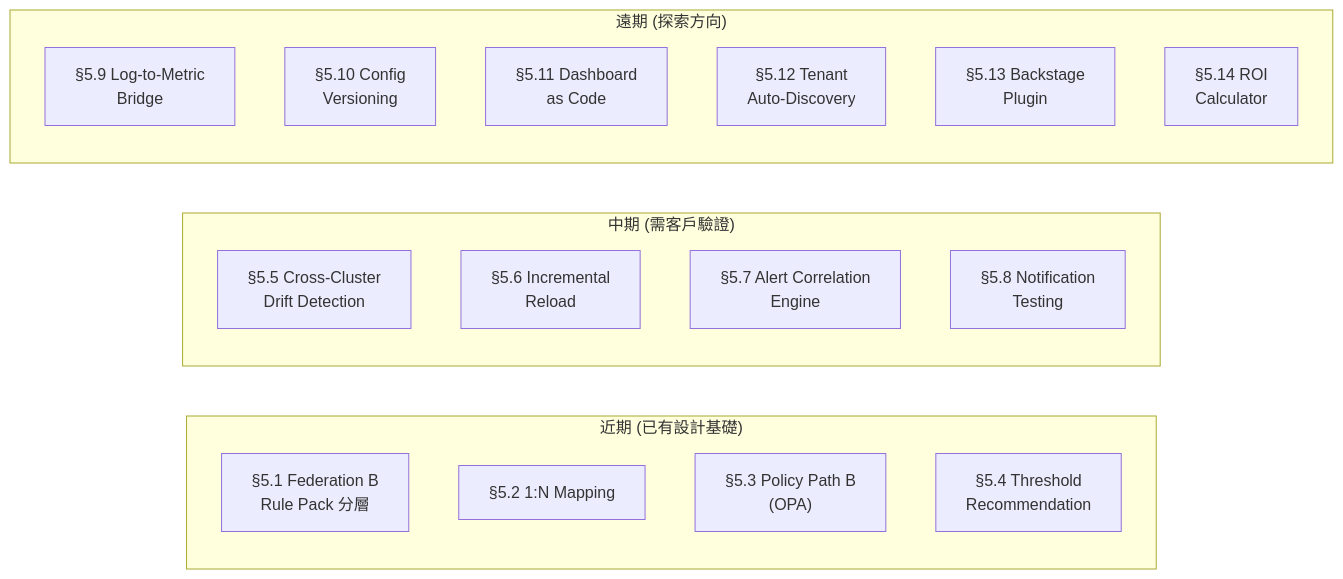
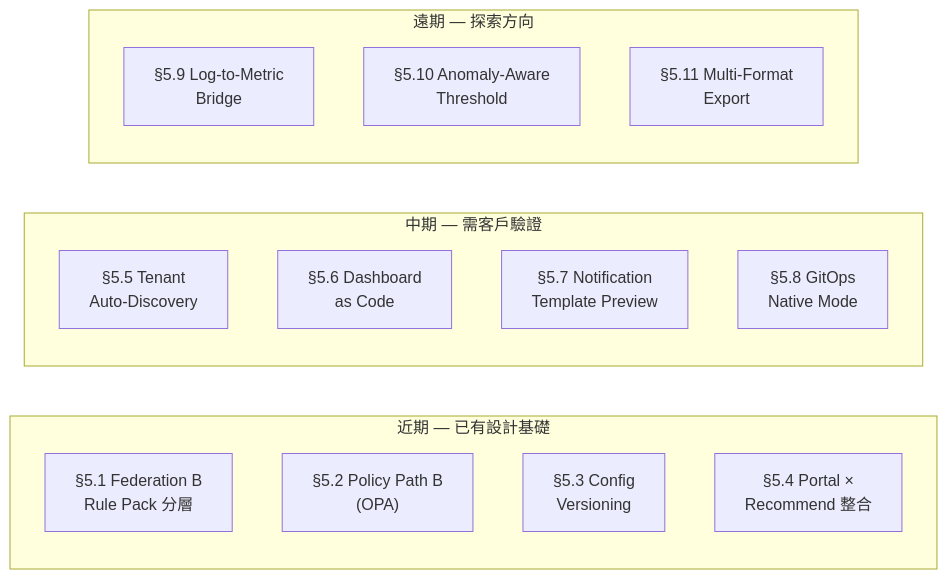
The sixth of 6 diagrams in docs/architecture-and-design.md (vencil/Dynamic-Alerting-Integrations), drawn with Mermaid before and after one commit. The commit also changed other lines of this file and 270 other files, not shown here.

Commit message:
feat: v2.1.0 — Cross-Domain Routing Profiles, ADR-006/007, code quality & perf

````diff
--- a/docs/architecture-and-design.md
+++ b/docs/architecture-and-design.md
@@ -885,23 +958,20 @@
 ```mermaid
 graph LR
-    subgraph Near["近期 (已有設計基礎)"]
+    subgraph Near["近期 — 已有設計基礎"]
         FB["§5.1 Federation B<br/>Rule Pack 分層"]
-        NM["§5.2 1:N Mapping"]
-        PB["§5.3 Policy Path B<br/>(OPA)"]
-        TR["§5.4 Threshold<br/>Recommendation"]
+        PB["§5.2 Policy Path B<br/>(OPA)"]
+        CV["§5.3 Config<br/>Versioning"]
+        PR["§5.4 Portal ×<br/>Recommend 整合"]
     end
-    subgraph Mid["中期 (需客戶驗證)"]
-        CD["§5.5 Cross-Cluster<br/>Drift Detection"]
-        IR["§5.6 Incremental<br/>Reload"]
-        AC["§5.7 Alert Correlation<br/>Engine"]
-        NT["§5.8 Notification<br/>Testing"]
+    subgraph Mid["中期 — 需客戶驗證"]
+        AD["§5.5 Tenant<br/>Auto-Discovery"]
+        GD["§5.6 Dashboard<br/>as Code"]
+        TP["§5.7 Notification<br/>Template Preview"]
+        GT["§5.8 GitOps<br/>Native Mode"]
     end
-    subgraph Far["遠期 (探索方向)"]
+    subgraph Far["遠期 — 探索方向"]
         LM["§5.9 Log-to-Metric<br/>Bridge"]
-        CV["§5.10 Config<br/>Versioning"]
-        GD["§5.11 Dashboard<br/>as Code"]
-        AD["§5.12 Tenant<br/>Auto-Discovery"]
-        BS["§5.13 Backstage<br/>Plugin"]
-        RC["§5.14 ROI<br/>Calculator"]
+        AM["§5.10 Anomaly-Aware<br/>Threshold"]
+        MF["§5.11 Multi-Format<br/>Export"]
     end
 ```
````
